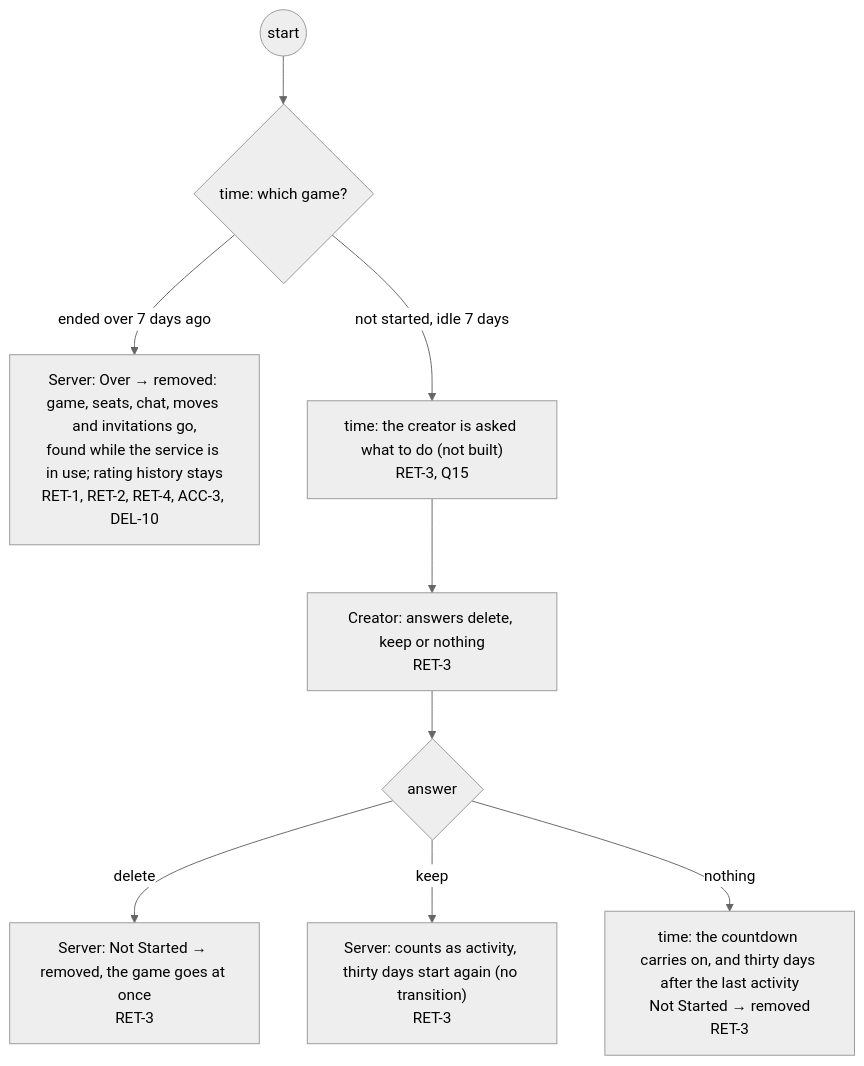
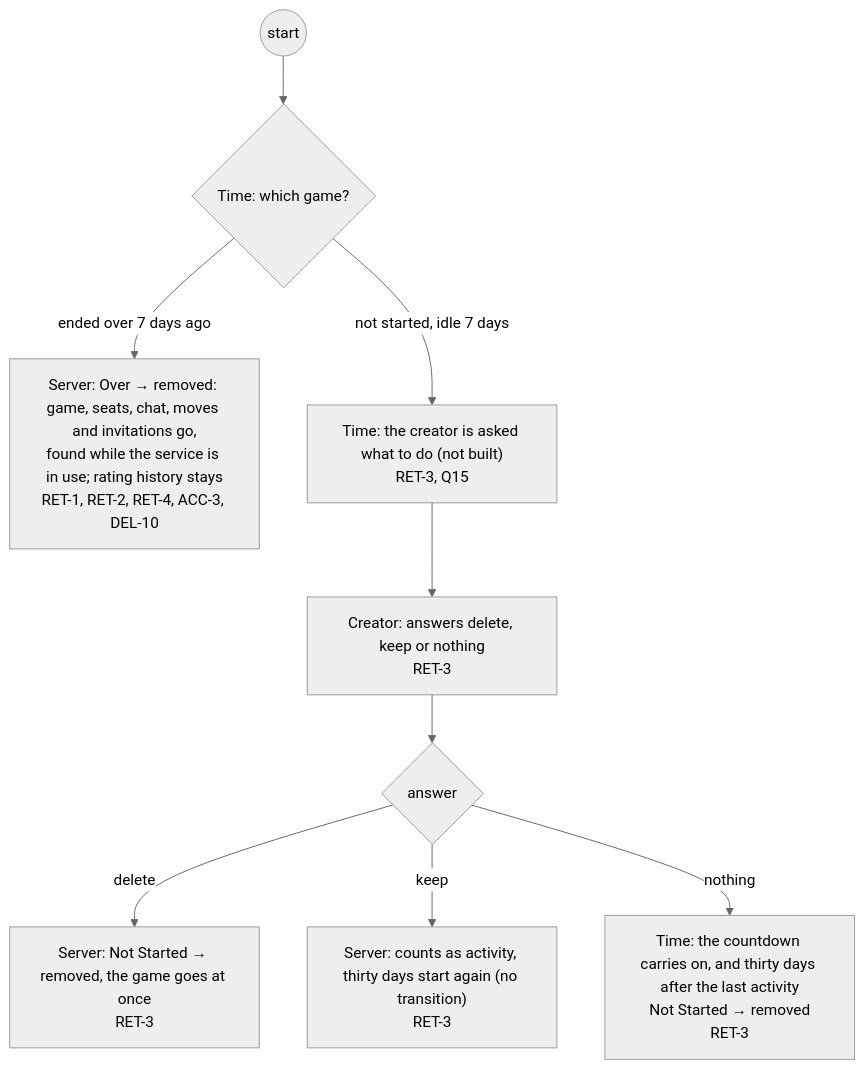
Diagram 27 of 29 in docs/changes/workstreams/application-game-architecture/71-one-game-model/71-functional.md (delphside/programme), drawn with Mermaid (neutral theme) before and after one commit. The commit also changed other lines of this file, not shown here.

First line of the commit message:
app 0.9.2 api 2.16: 71: Time capitalised as an actor

````diff
--- a/docs/changes/workstreams/application-game-architecture/71-one-game-model/71-functional.md
+++ b/docs/changes/workstreams/application-game-architecture/71-one-game-model/71-functional.md
@@ -456,11 +456,11 @@
 ```mermaid
 flowchart TD
-  s0((start)) --> d0{"time: which game?"}
+  s0((start)) --> d0{"Time: which game?"}
   d0 -- "ended over 7 days ago" --> t1["Server: Over → removed: game, seats, chat, moves and invitations go,<br/>found while the service is in use; rating history stays<br/>RET-1, RET-2, RET-4, ACC-3, DEL-10"]
-  d0 -- "not started, idle 7 days" --> t2["time: the creator is asked what to do (not built)<br/>RET-3, Q15"]
+  d0 -- "not started, idle 7 days" --> t2["Time: the creator is asked what to do (not built)<br/>RET-3, Q15"]
   t2 --> c1["Creator: answers delete, keep or nothing<br/>RET-3"]
   c1 --> d1{"answer"}
   d1 -- delete --> t3["Server: Not Started → removed, the game goes at once<br/>RET-3"]
   d1 -- keep --> t4["Server: counts as activity, thirty days start again (no transition)<br/>RET-3"]
-  d1 -- nothing --> t5["time: the countdown carries on, and thirty days after the last activity<br/>Not Started → removed<br/>RET-3"]
+  d1 -- nothing --> t5["Time: the countdown carries on, and thirty days after the last activity<br/>Not Started → removed<br/>RET-3"]
 ```
````
